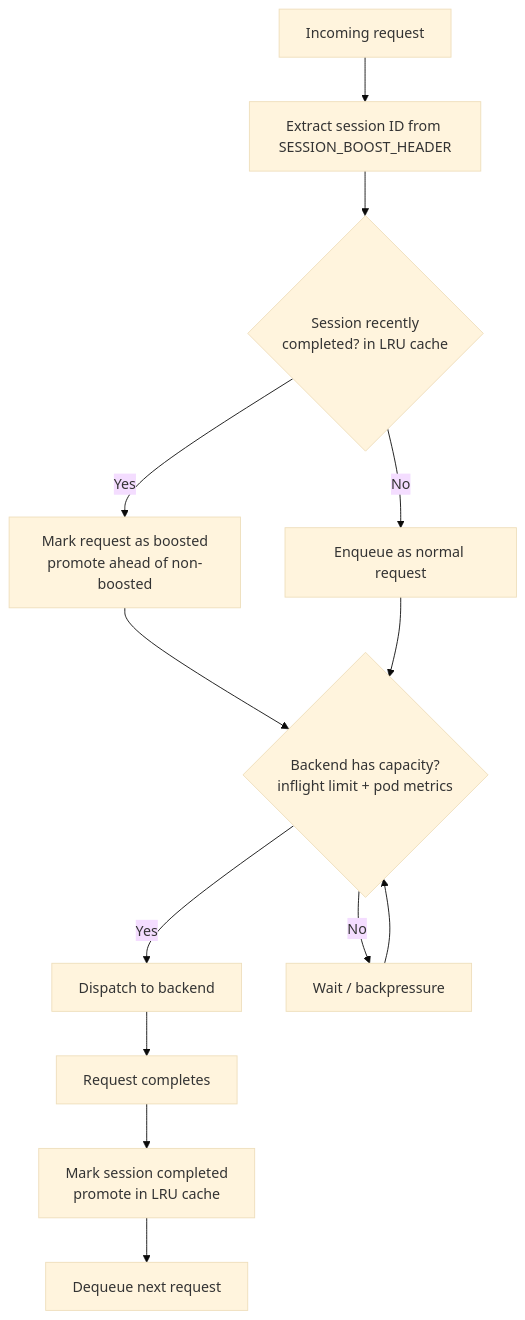
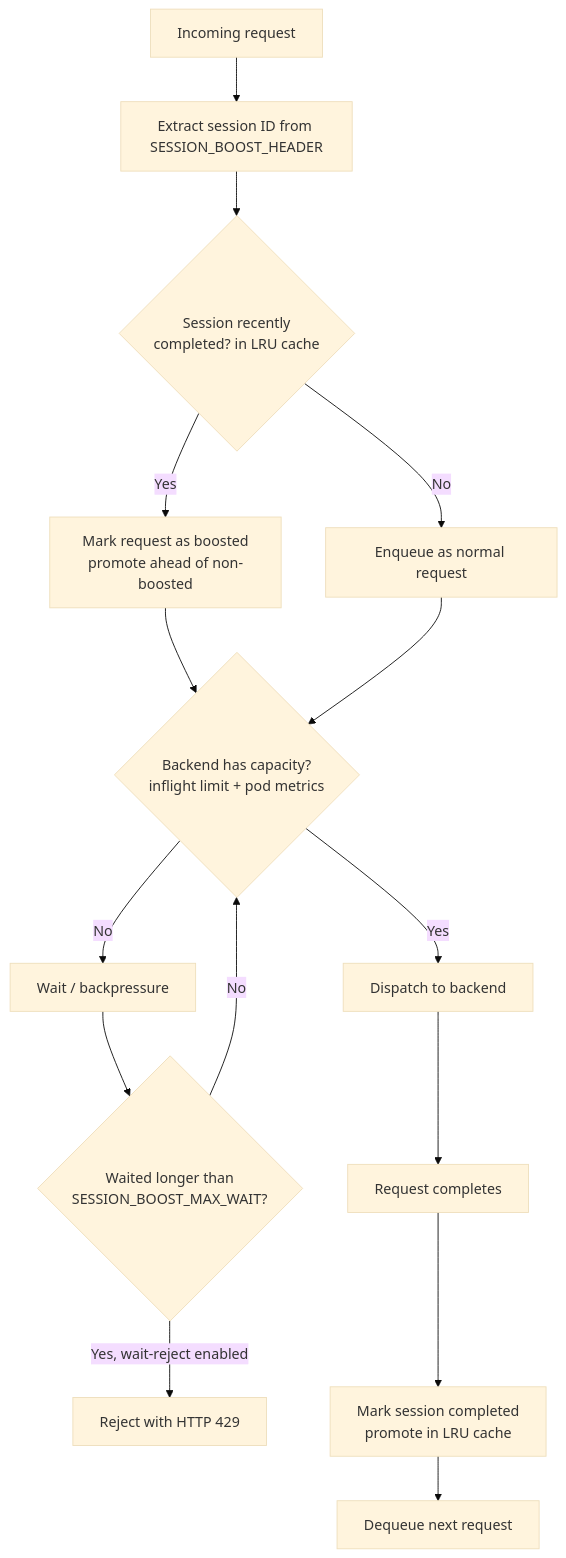
One commit to volcano-sh/kthena changed the diagram in docs/kthena/docs/user-guide/session-boost.md. Above: the diagram before and after it, drawn with Mermaid (base theme). The commit also changed other lines of this file and 8 other files, not shown here.

Commit message:
session boost timeout

````diff
--- a/docs/kthena/docs/user-guide/session-boost.md
+++ b/docs/kthena/docs/user-guide/session-boost.md
@@ -23,15 +23,17 @@
 ```mermaid
 flowchart TD
     A[Incoming request] --> B[Extract session ID from SESSION_BOOST_HEADER]
     B --> C{Session recently<br/>completed? in LRU cache}
     C -- Yes --> D[Mark request as boosted<br/>promote ahead of non-boosted]
     C -- No --> E[Enqueue as normal request]
     D --> F{Backend has capacity?<br/>inflight limit + pod metrics}
     E --> F
     F -- Yes --> G[Dispatch to backend]
     F -- No --> H[Wait / backpressure]
-    H --> F
+    H --> K{Waited longer than<br/>SESSION_BOOST_MAX_WAIT?}
+    K -- Yes, wait-reject enabled --> R[Reject with HTTP 429]
+    K -- No --> F
     G --> I[Request completes]
     I --> J[Mark session completed<br/>promote in LRU cache]
     J --> M[Dequeue next request]
 ```
````
